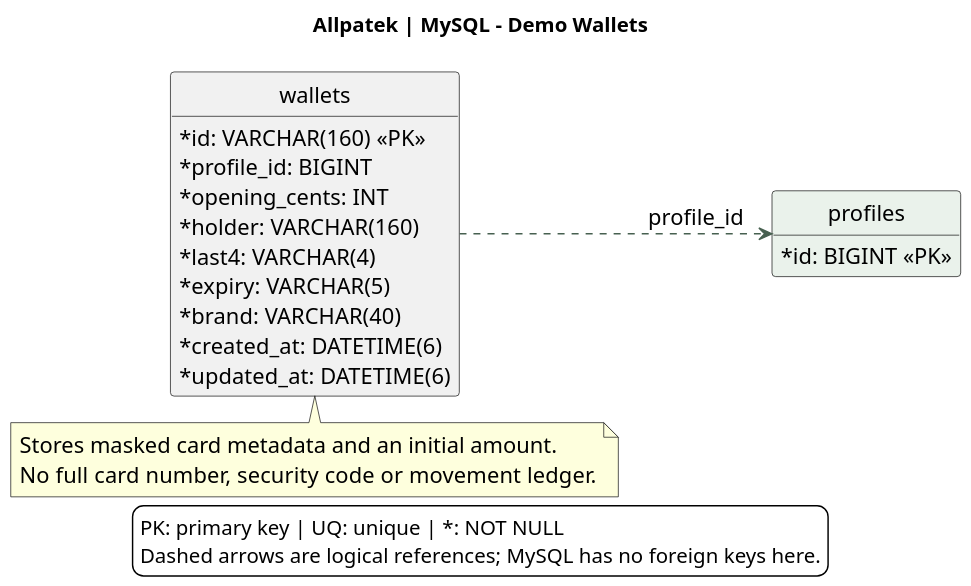
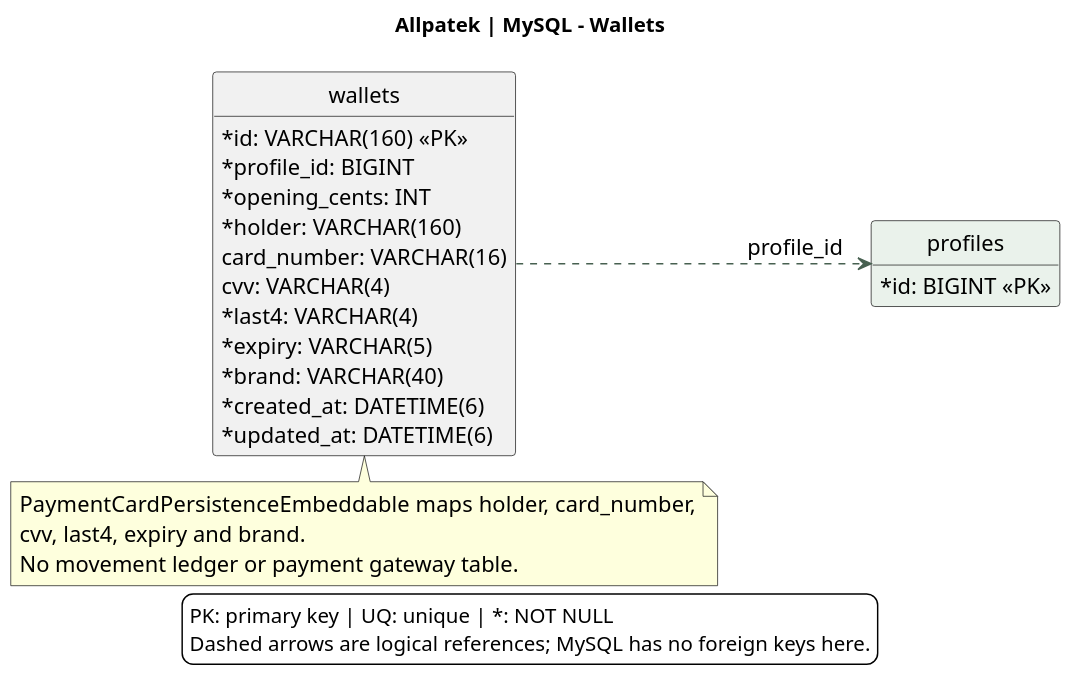
The diagram in assets/chapter-04/architecture/16-database-payments.puml (upc-pre-202620-1asi0729-7753-Terranova/allpatek-report), drawn with PlantUML before and after one commit. The commit also changed 2 other files, not shown here.

Commit message:
docs(architecture): persist wallet card_number and cvv columns

```diff
--- a/assets/chapter-04/architecture/16-database-payments.puml
+++ b/assets/chapter-04/architecture/16-database-payments.puml
@@ -1,37 +1,40 @@
 @startuml
 !pragma layout smetana
 skinparam backgroundColor white
 skinparam defaultFontName SansSerif
 skinparam defaultFontSize 15
 skinparam shadowing false
 skinparam classAttributeIconSize 0
 skinparam ArrowColor #476050
 skinparam dpi 140
 hide methods
 hide circle
-title Allpatek | MySQL - Demo Wallets
+title Allpatek | MySQL - Wallets
 left to right direction
 entity "wallets" as wallet {
   {field} * id: VARCHAR(160) <<PK>>
   {field} * profile_id: BIGINT
   {field} * opening_cents: INT
   {field} * holder: VARCHAR(160)
+  {field} card_number: VARCHAR(16)
+  {field} cvv: VARCHAR(4)
   {field} * last4: VARCHAR(4)
   {field} * expiry: VARCHAR(5)
   {field} * brand: VARCHAR(40)
   {field} * created_at: DATETIME(6)
   {field} * updated_at: DATETIME(6)
 }
 entity "profiles" as profile #EAF2EB {
   {field} * id: BIGINT <<PK>>
 }
 wallet ..> profile : profile_id
 note bottom of wallet
-  Stores masked card metadata and an initial amount.
-  No full card number, security code or movement ledger.
+  PaymentCardPersistenceEmbeddable maps holder, card_number,
+  cvv, last4, expiry and brand.
+  No movement ledger or payment gateway table.
 end note
 legend bottom
 PK: primary key | UQ: unique | *: NOT NULL
 Dashed arrows are logical references; MySQL has no foreign keys here.
 endlegend
 @enduml
```
